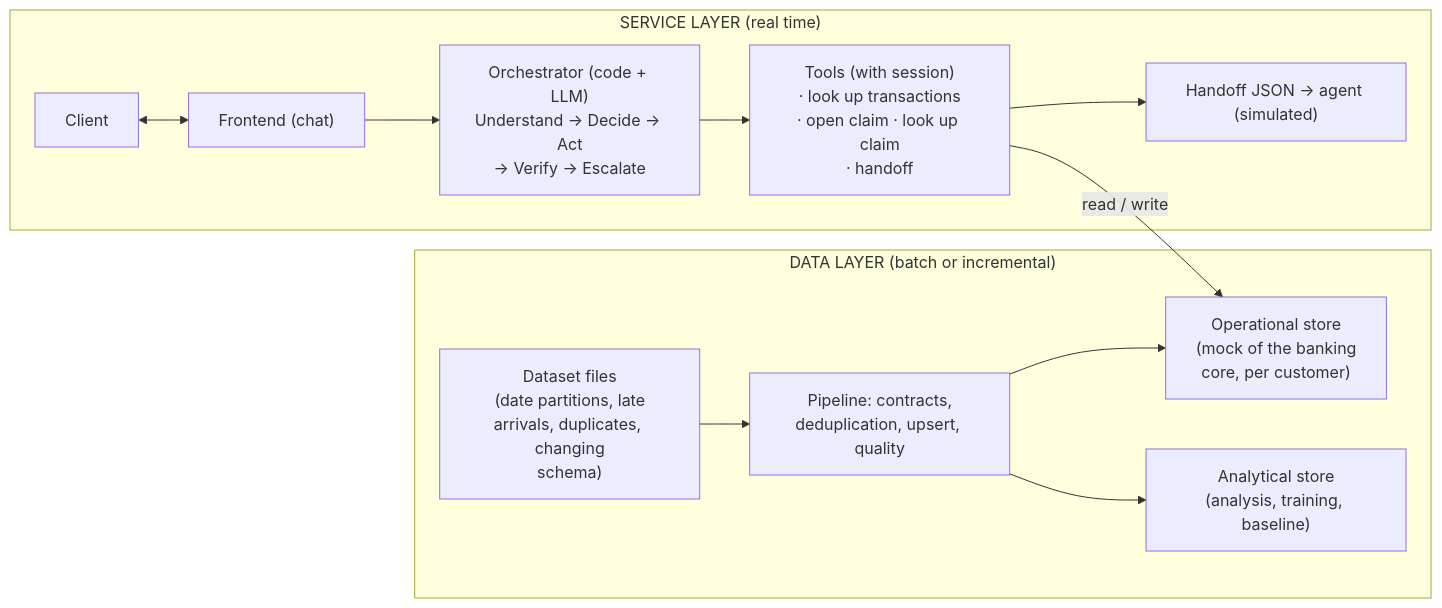
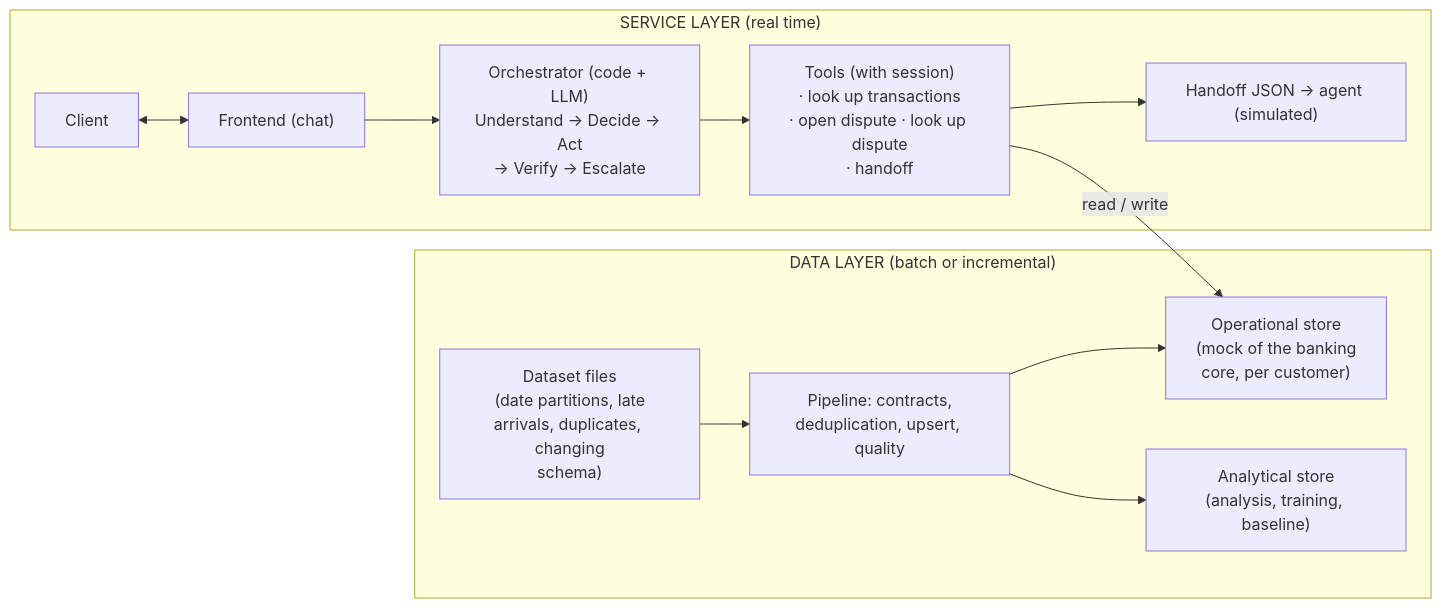
Before and after one commit to rdorta27/factored-hackathon-2026-sentinel-engine: the first of 4 diagrams in docs/understand/architecture.md, drawn with Mermaid. The commit also changed other lines of this file and 13 other files, not shown here.

````diff
--- a/docs/understand/architecture.md
+++ b/docs/understand/architecture.md
@@ -13,16 +13,16 @@
 ```mermaid
 flowchart LR
     subgraph service["SERVICE LAYER (real time)"]
         client["Client"] <--> frontend["Frontend (chat)"]
         frontend --> orch["Orchestrator (code + LLM)<br/>Understand → Decide → Act<br/>→ Verify → Escalate"]
-        orch --> tools["Tools (with session)<br/>· look up transactions<br/>· open claim · look up claim<br/>· handoff"]
+        orch --> tools["Tools (with session)<br/>· look up transactions<br/>· open dispute · look up dispute<br/>· handoff"]
         tools --> handoff["Handoff JSON → agent (simulated)"]
     end
     subgraph dataL["DATA LAYER (batch or incremental)"]
         files["Dataset files<br/>(date partitions, late<br/>arrivals, duplicates, changing<br/>schema)"]
         files --> pipe["Pipeline: contracts,<br/>deduplication, upsert, quality"]
         pipe --> opstore["Operational store<br/>(mock of the banking<br/>core, per customer)"]
         pipe --> anstore["Analytical store<br/>(analysis, training, baseline)"]
     end
     tools -- "read / write" --> opstore
 ```
````
